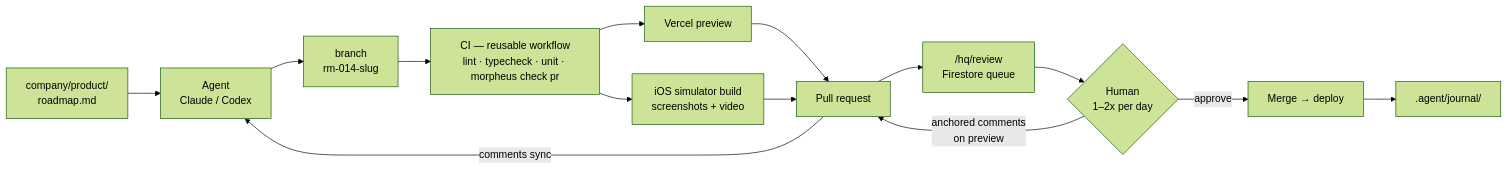
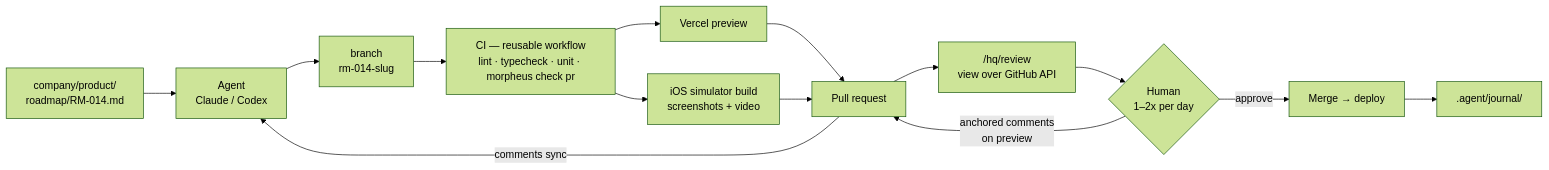
Before and after one commit to cpheinrich/morpheus: the second of 3 diagrams in architecture.md, drawn with Mermaid (forest theme). The commit also changed other lines of this file, not shown here.

First line of the commit message:
architecture: revise queue to GitHub, add PM schemas, one-file-per-item

````diff
--- a/architecture.md
+++ b/architecture.md
@@ -461,16 +461,16 @@
 ```mermaid
 flowchart LR
-    RM["company/product/<br/>roadmap.md"] --> AG[Agent<br/>Claude / Codex]
+    RM["company/product/<br/>roadmap/RM-014.md"] --> AG[Agent<br/>Claude / Codex]
     AG --> BR["branch<br/>rm-014-slug"]
     BR --> CI["CI — reusable workflow<br/>lint · typecheck · unit · morpheus check pr"]
     CI --> PREV[Vercel preview]
     CI --> SIM["iOS simulator build<br/>screenshots + video"]
     PREV --> PR[Pull request]
     SIM --> PR
-    PR --> Q["/hq/review<br/>Firestore queue"]
+    PR --> Q["/hq/review<br/>view over GitHub API"]
     Q --> H{Human<br/>1–2x per day}
     H -->|anchored comments<br/>on preview| PR
     H -->|approve| MERGE[Merge → deploy]
     PR -->|comments sync| AG
     MERGE --> J[".agent/journal/"]
 ```
````
